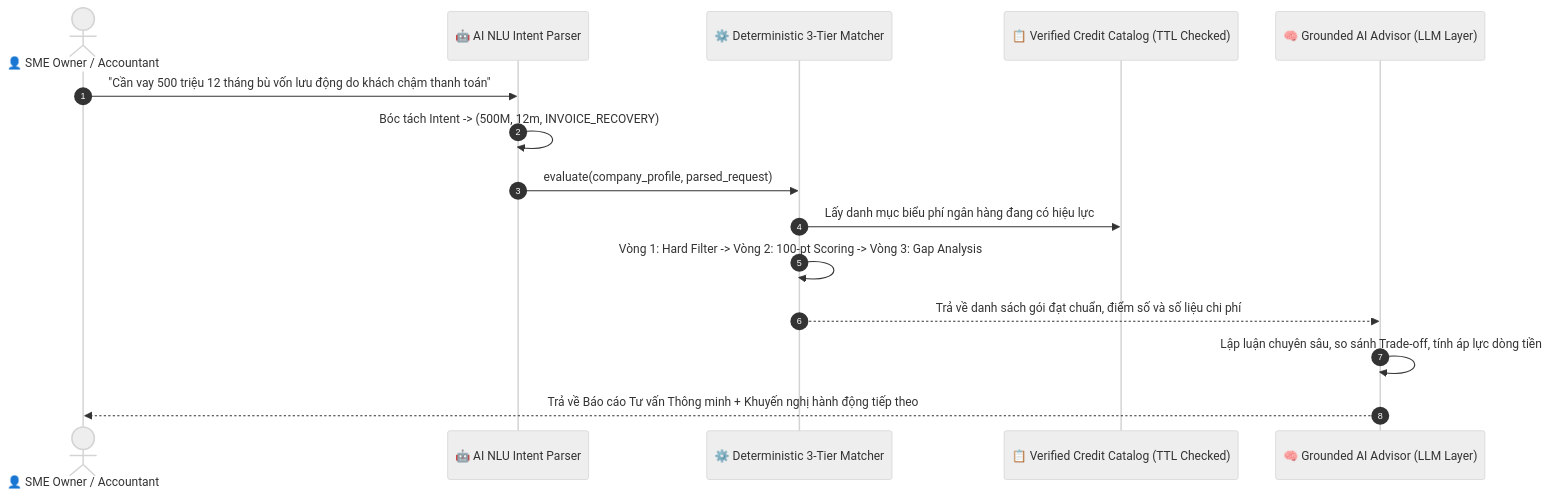
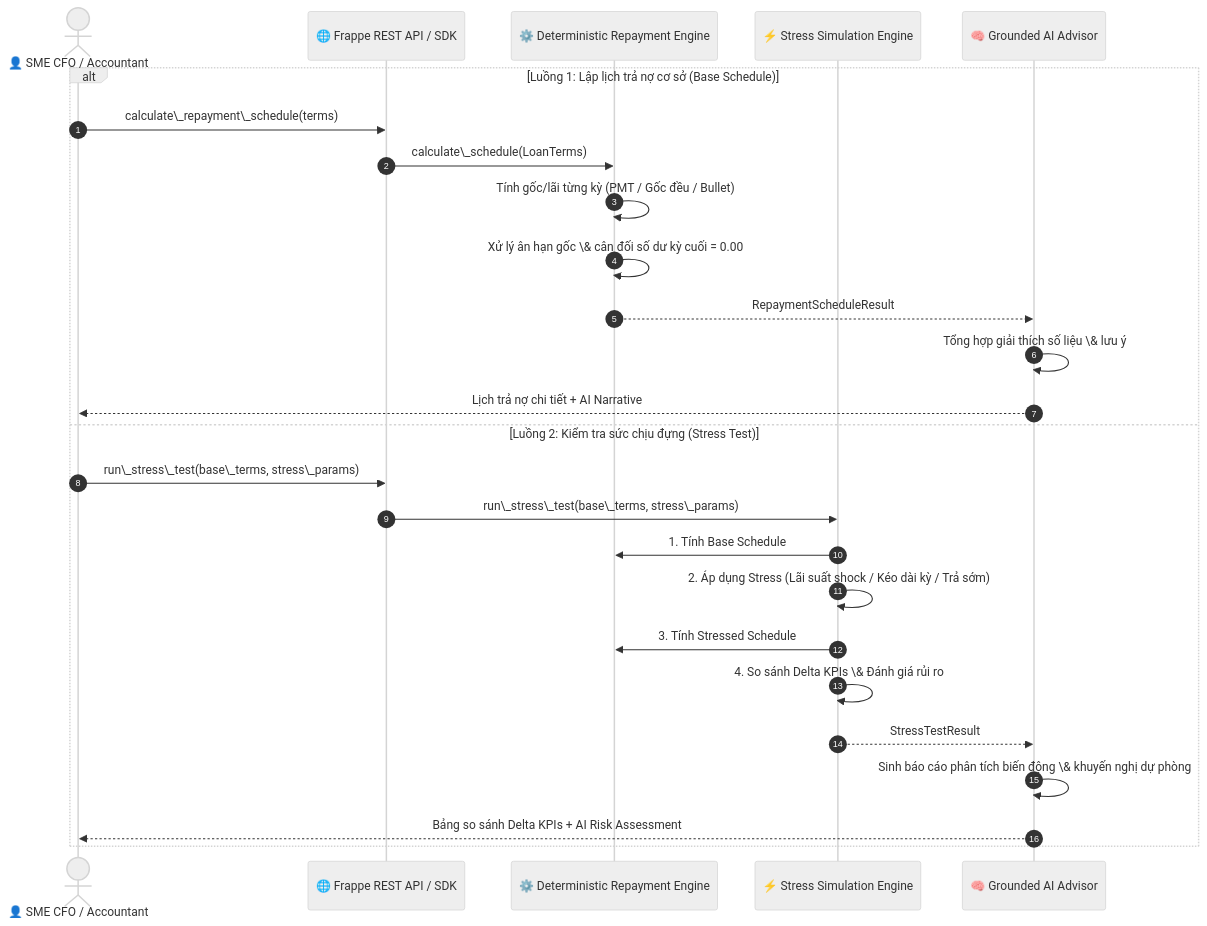
Before and after one commit to trungkienit25/lotus-fin: the first of 2 diagrams in lotus_fin/lotus_fin/AI006/README.md, drawn with Mermaid (neutral theme). The commit also changed other lines of this file, not shown here.

````diff
--- a/lotus_fin/lotus_fin/AI006/README.md
+++ b/lotus_fin/lotus_fin/AI006/README.md
@@ -34,18 +47,29 @@
 ```mermaid
 sequenceDiagram
     autonumber
-    actor User as 👤 SME Owner / Accountant
-    participant Copilot as 🤖 AI NLU Intent Parser
-    participant Matcher as ⚙️ Deterministic 3-Tier Matcher
-    participant Catalog as 📋 Verified Credit Catalog (TTL Checked)
-    participant Advisor as 🧠 Grounded AI Advisor (LLM Layer)
+    actor User as 👤 SME CFO / Accountant
+    participant API as 🌐 Frappe REST API / SDK
+    participant RepayEngine as ⚙️ Deterministic Repayment Engine
+    participant StressEngine as ⚡ Stress Simulation Engine
+    participant Advisor as 🧠 Grounded AI Advisor
 
-    User->>Copilot: "Cần vay 500 triệu 12 tháng bù vốn lưu động do khách chậm thanh toán"
-    Copilot->>Copilot: Bóc tách Intent -> (500M, 12m, INVOICE_RECOVERY)
-    Copilot->>Matcher: evaluate(company_profile, parsed_request)
-    Matcher->>Catalog: Lấy danh mục biểu phí ngân hàng đang có hiệu lực
-    Matcher->>Matcher: Vòng 1: Hard Filter -> Vòng 2: 100-pt Scoring -> Vòng 3: Gap Analysis
-    Matcher-->>Advisor: Trả về danh sách gói đạt chuẩn, điểm số và số liệu chi phí
-    Advisor->>Advisor: Lập luận chuyên sâu, so sánh Trade-off, tính áp lực dòng tiền
-    Advisor-->>User: Trả về Báo cáo Tư vấn Thông minh + Khuyến nghị hành động tiếp theo
+    alt Luồng 1: Lập lịch trả nợ cơ sở (Base Schedule)
+        User->>API: calculate\_repayment\_schedule(terms)
+        API->>RepayEngine: calculate\_schedule(LoanTerms)
+        RepayEngine->>RepayEngine: Tính gốc/lãi từng kỳ (PMT / Gốc đều / Bullet)
+        RepayEngine->>RepayEngine: Xử lý ân hạn gốc \& cân đối số dư kỳ cuối = 0.00
+        RepayEngine-->>Advisor: RepaymentScheduleResult
+        Advisor->>Advisor: Tổng hợp giải thích số liệu \& lưu ý
+        Advisor-->>User: Lịch trả nợ chi tiết + AI Narrative
+    else Luồng 2: Kiểm tra sức chịu đựng (Stress Test)
+        User->>API: run\_stress\_test(base\_terms, stress\_params)
+        API->>StressEngine: run\_stress\_test(base\_terms, stress\_params)
+        StressEngine->>RepayEngine: 1. Tính Base Schedule
+        StressEngine->>StressEngine: 2. Áp dụng Stress (Lãi suất shock / Kéo dài kỳ / Trả sớm)
+        StressEngine->>RepayEngine: 3. Tính Stressed Schedule
+        StressEngine->>StressEngine: 4. So sánh Delta KPIs \& Đánh giá rủi ro
+        StressEngine-->>Advisor: StressTestResult
+        Advisor->>Advisor: Sinh báo cáo phân tích biến động \& khuyến nghị dự phòng
+        Advisor-->>User: Bảng so sánh Delta KPIs + AI Risk Assessment
+    end
 ```
````
